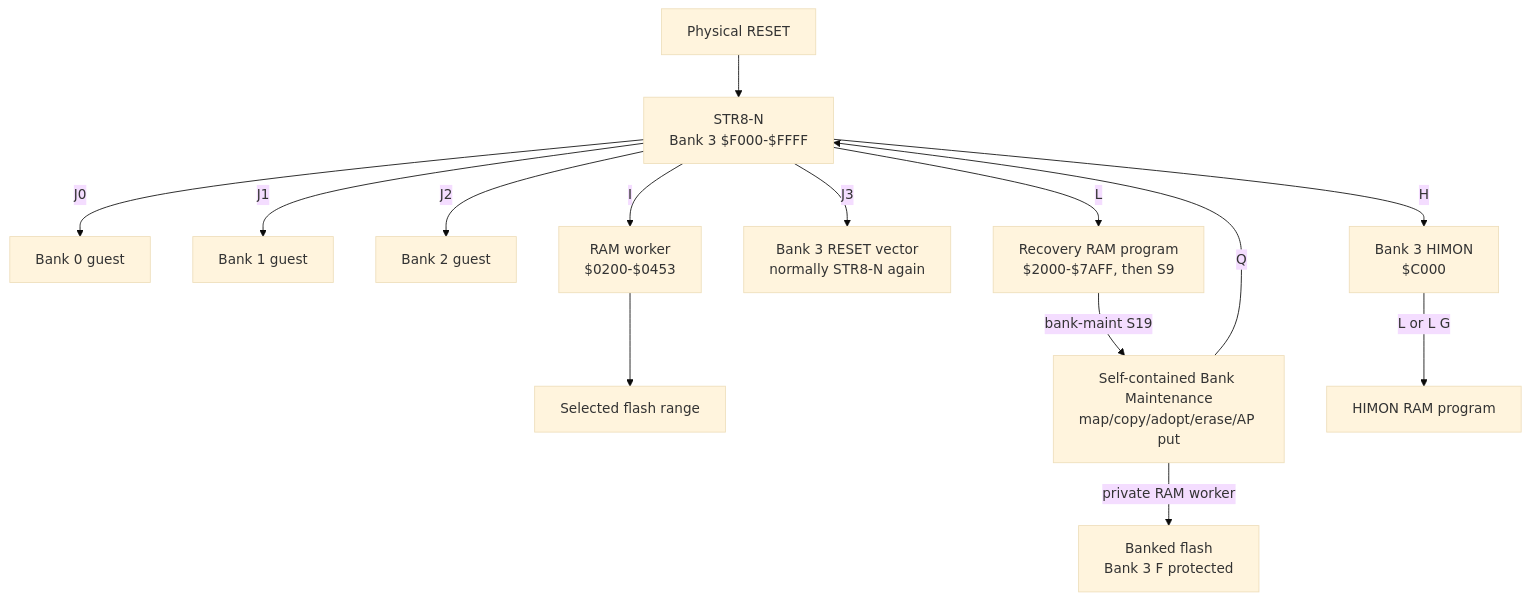
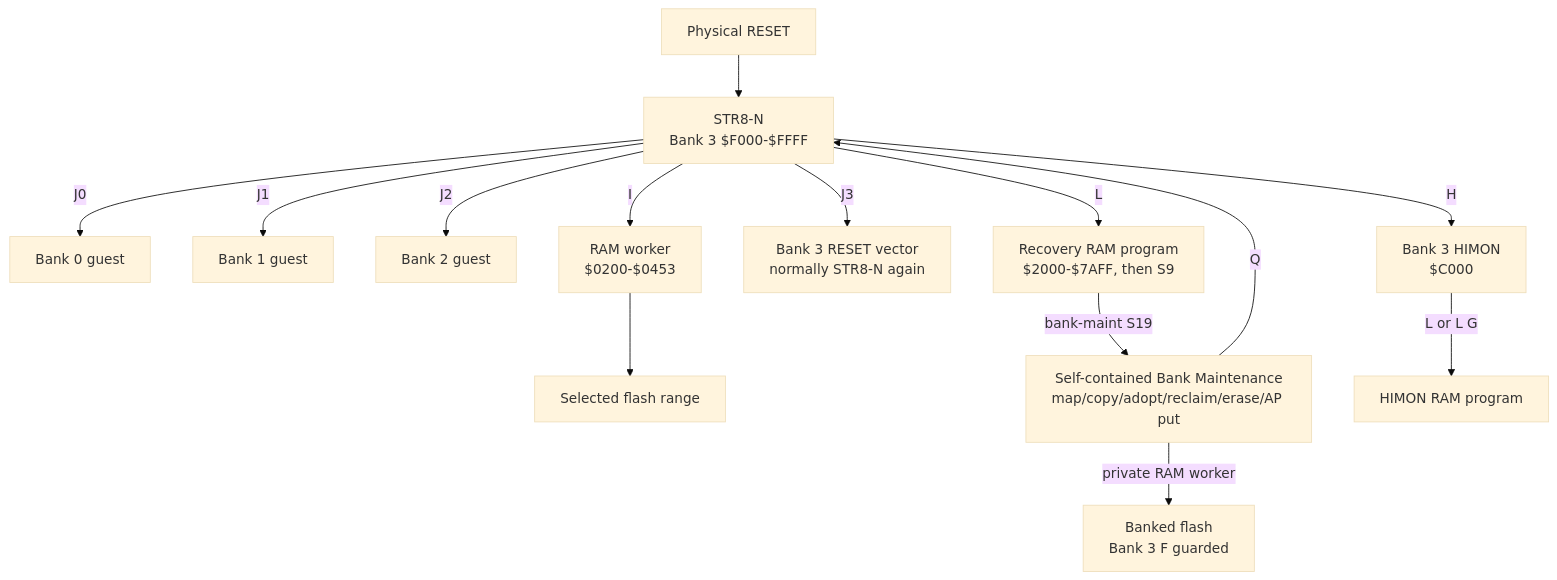
One commit to 95westus/STR8-N changed the first of 11 diagrams in docs/MAPS.md. Above: the diagram before and after it, drawn with Mermaid (base theme). The commit also changed other lines of this file and 8 other files, not shown here.

````diff
--- a/docs/MAPS.md
+++ b/docs/MAPS.md
@@ -7,16 +7,16 @@
 ```mermaid
 flowchart TB
     RESET[Physical RESET] --> S[STR8-N<br/>Bank 3 $F000-$FFFF]
     S -->|J0| B0[Bank 0 guest]
     S -->|J1| B1[Bank 1 guest]
     S -->|J2| B2[Bank 2 guest]
     S -->|H| B3[Bank 3 HIMON<br/>$C000]
     S -->|J3| R3[Bank 3 RESET vector<br/>normally STR8-N again]
     S -->|I| W[RAM worker<br/>$0200-$0453]
     W --> FLASH[Selected flash range]
     S -->|L| RAM[Recovery RAM program<br/>$2000-$7AFF, then S9]
-    RAM -->|bank-maint S19| BM[Self-contained Bank Maintenance<br/>map/copy/adopt/erase/AP put]
-    BM -->|private RAM worker| FLASH2[Banked flash<br/>Bank 3 F protected]
+    RAM -->|bank-maint S19| BM[Self-contained Bank Maintenance<br/>map/copy/adopt/reclaim/erase/AP put]
+    BM -->|private RAM worker| FLASH2[Banked flash<br/>Bank 3 F guarded]
     BM -->|Q| S
     B3 -->|L or L G| RAM2[HIMON RAM program]
 ```
````
